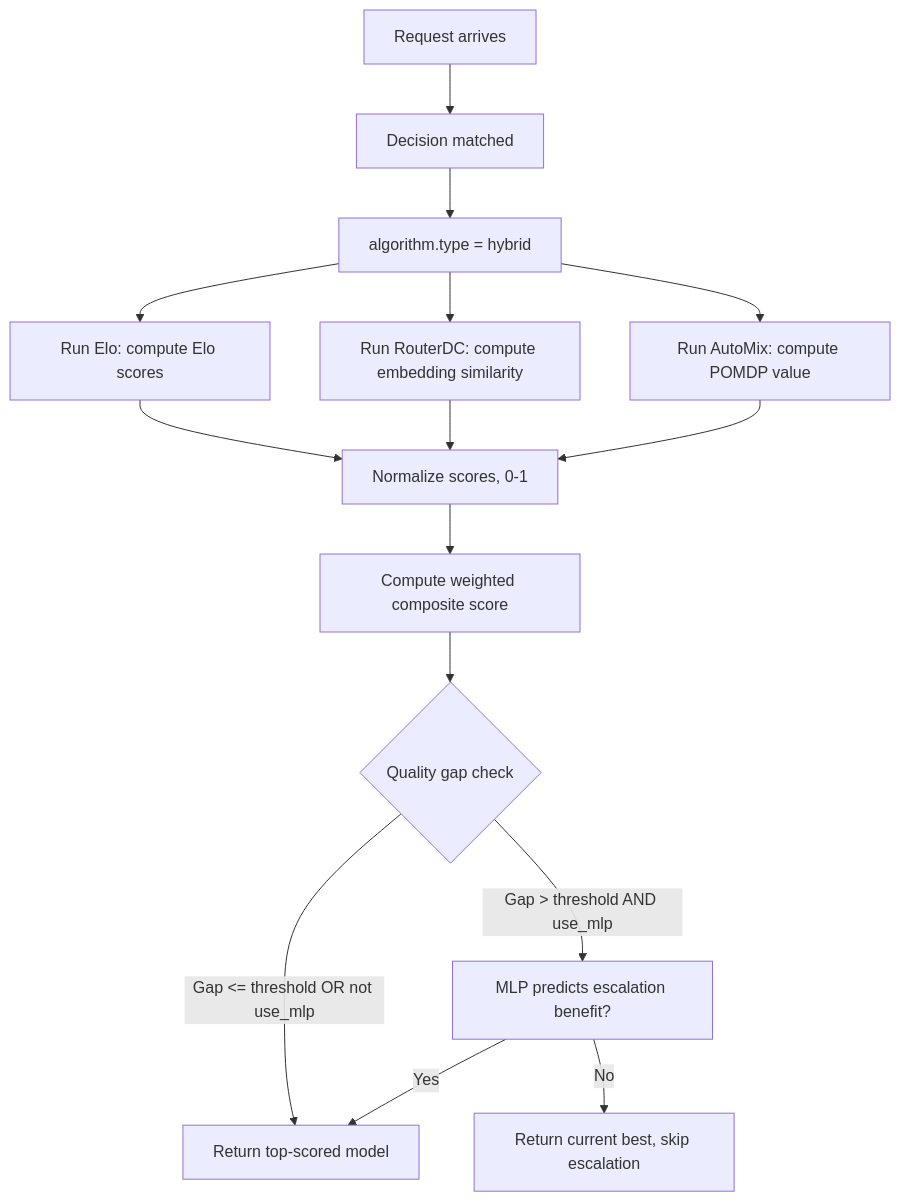
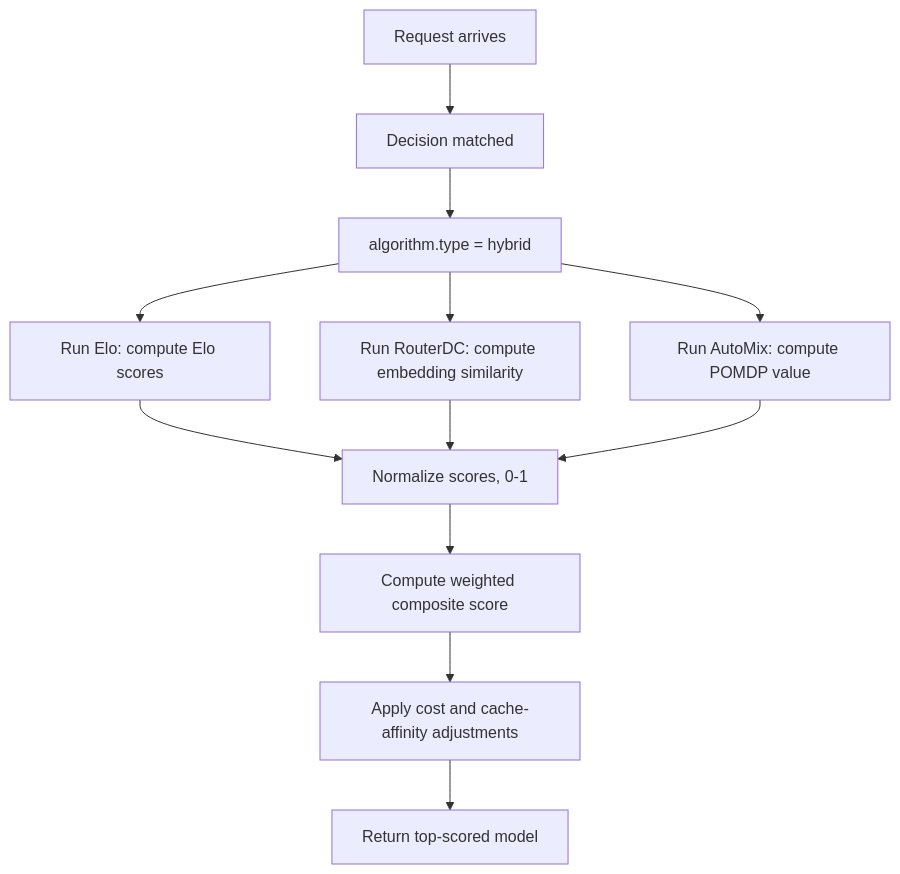
The diagram in website/docs/tutorials/algorithm/selection/hybrid.md (vllm-project/semantic-router), drawn with Mermaid before and after one commit. The commit also changed other lines of this file and 43 other files, not shown here.

````diff
--- a/website/docs/tutorials/algorithm/selection/hybrid.md
+++ b/website/docs/tutorials/algorithm/selection/hybrid.md
@@ -31,17 +30,14 @@
 ```mermaid
 flowchart TD
     A[Request arrives] --> B[Decision matched]
     B --> C[algorithm.type = hybrid]
     C --> D[Run Elo: compute Elo scores]
     C --> E[Run RouterDC: compute embedding similarity]
     C --> F[Run AutoMix: compute POMDP value]
     D --> G[Normalize scores, 0-1]
     E --> G
     F --> G
     G --> H[Compute weighted composite score]
-    H --> I{Quality gap check}
-    I -- Gap > threshold AND use_mlp --> J[MLP predicts escalation benefit?]
-    I -- Gap <= threshold OR not use_mlp --> K[Return top-scored model]
-    J -- Yes --> K
-    J -- No --> L[Return current best, skip escalation]
+    H --> I[Apply cost and cache-affinity adjustments]
+    I --> J[Return top-scored model]
 ```
````
